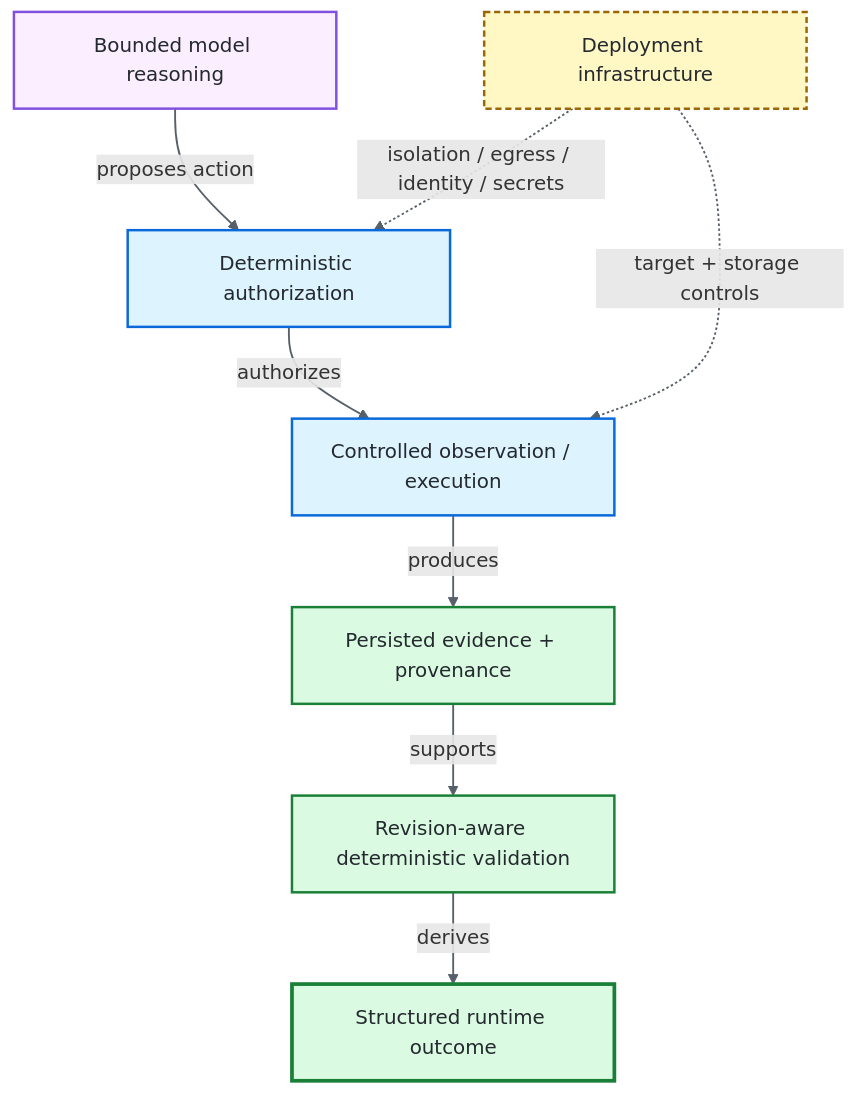
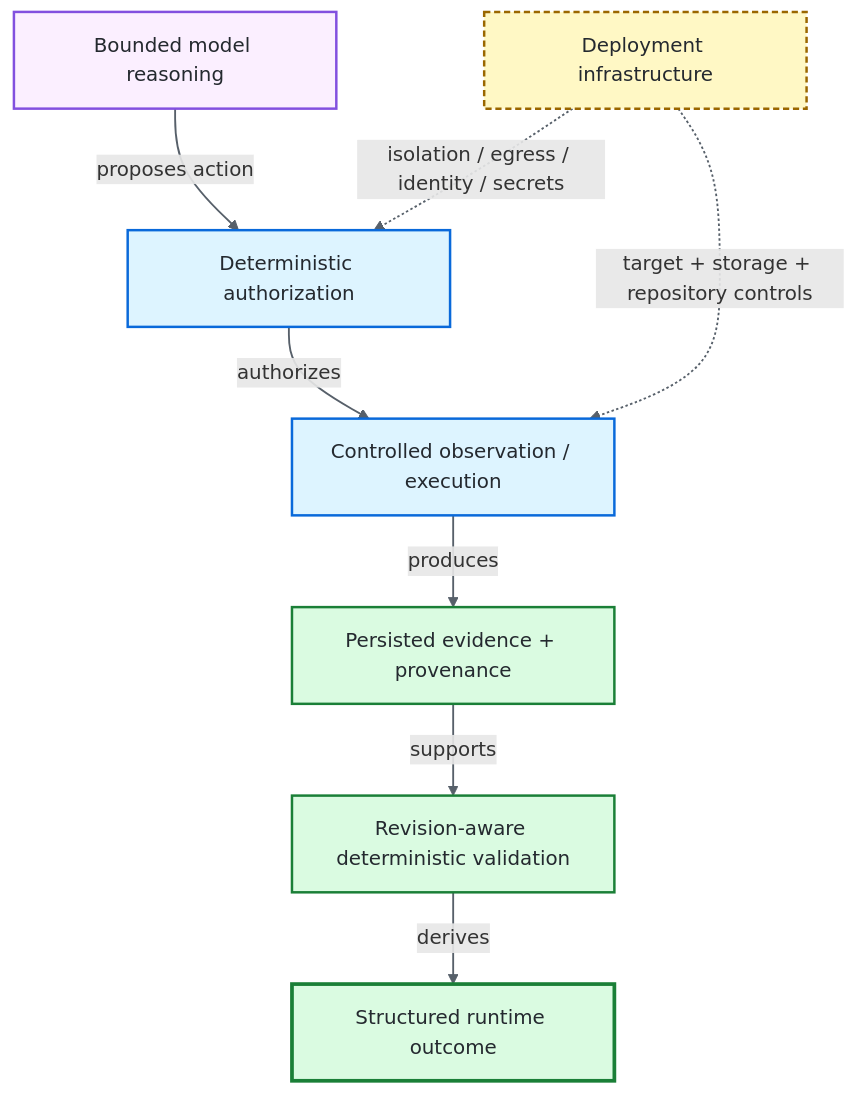
The diagram in docs/PRODUCTION_READINESS.md (portyu9/ai-qa-automation), drawn with Mermaid before and after one commit. The commit also changed other lines of this file, not shown here.

Commit message:
Align production readiness with independent merge identity

````diff
--- a/docs/PRODUCTION_READINESS.md
+++ b/docs/PRODUCTION_READINESS.md
@@ -34,26 +34,26 @@
 ```mermaid
 flowchart TD
     accTitle: Production control stack separating advisory reasoning, deterministic authority, evidence, validation, and deployment enforcement
-    accDescr: Advisory model reasoning submits actions into deterministic authorization. Authorized controlled execution produces persisted evidence and provenance. Revision-aware deterministic validation derives the structured runtime outcome. Deployment infrastructure independently constrains authorization and controlled execution through isolation, egress, identity, secrets, target, and storage controls.
+    accDescr: Advisory model reasoning submits actions into deterministic authorization. Authorized controlled execution produces persisted evidence and provenance. Revision-aware deterministic validation derives the structured runtime outcome. Deployment infrastructure independently constrains authorization and controlled execution through isolation, egress, identity, secrets, target, storage, and repository merge controls.
 
     A[Bounded model reasoning] -->|proposes action| B[Deterministic authorization]
     B -->|authorizes| C[Controlled observation / execution]
     C -->|produces| D[Persisted evidence + provenance]
     D -->|supports| E[Revision-aware deterministic validation]
     E -->|derives| F[Structured runtime outcome]
     G[Deployment infrastructure] -. isolation / egress / identity / secrets .-> B
-    G -. target + storage controls .-> C
+    G -. target + storage + repository controls .-> C
 
     classDef advisory fill:#fbefff,stroke:#8250df,color:#24292f,stroke-width:2px
     classDef authority fill:#ddf4ff,stroke:#0969da,color:#24292f,stroke-width:2px
     classDef evidence fill:#dafbe1,stroke:#1a7f37,color:#24292f,stroke-width:2px
     classDef terminal fill:#dafbe1,stroke:#1a7f37,color:#24292f,stroke-width:3px
     classDef deployment fill:#fff8c5,stroke:#9a6700,color:#24292f,stroke-width:2px,stroke-dasharray:5 3
 
     class A advisory
     class B,C authority
     class D,E evidence
     class F terminal
     class G deployment
     linkStyle default stroke:#57606a,stroke-width:1.5px
 ```
````
